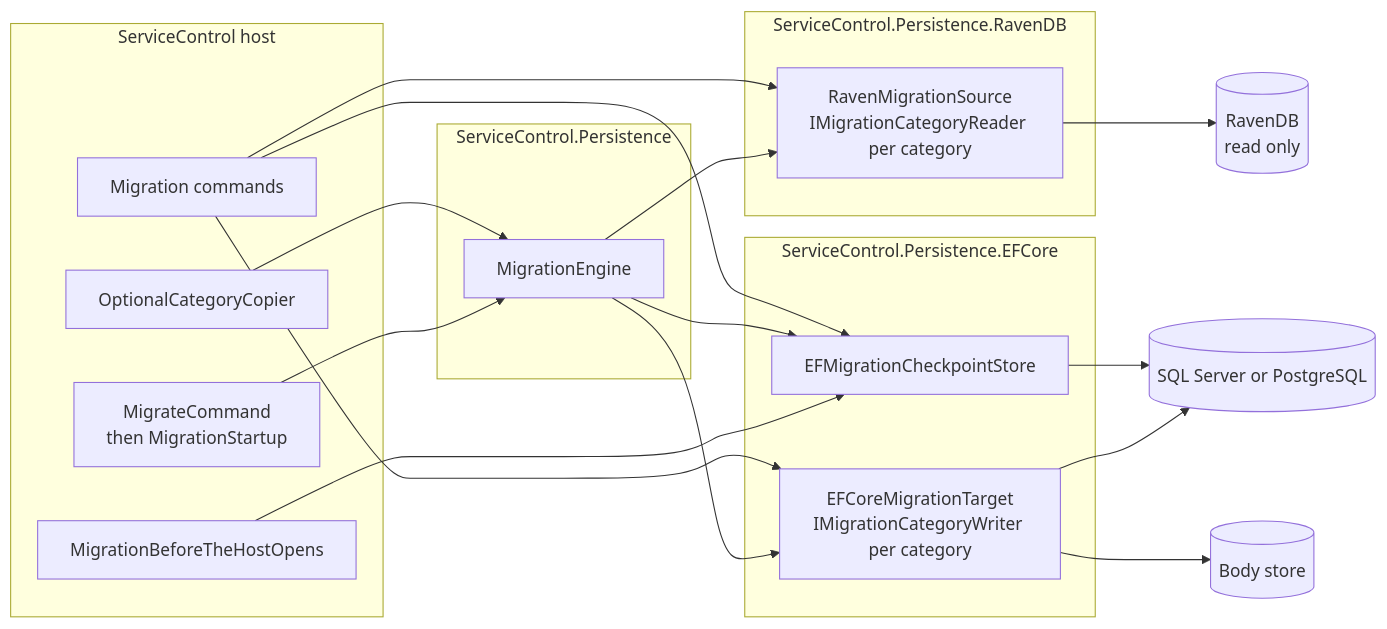
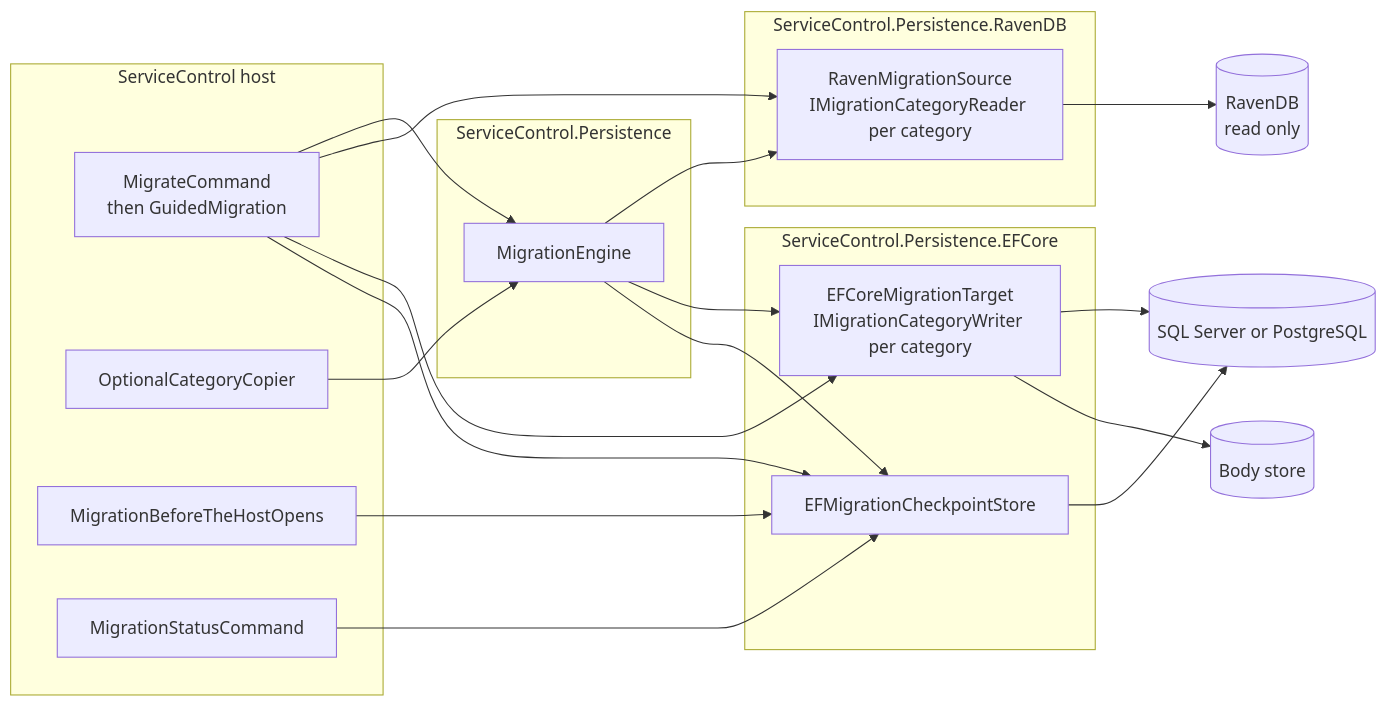
The first of 2 diagrams in docs/migration/ravendb-to-sql-migration-system-design.md (Particular/ServiceControl), drawn with Mermaid before and after one commit. The commit also changed other lines of this file and 148 other files, not shown here.

Commit message:
Guided --start-data-migration command

````diff
--- a/docs/migration/ravendb-to-sql-migration-system-design.md
+++ b/docs/migration/ravendb-to-sql-migration-system-design.md
@@ -13,32 +13,33 @@
 ```mermaid
 flowchart LR
     subgraph host["ServiceControl host"]
-        req["MigrateCommand<br/>then MigrationStartup"]
+        req["MigrateCommand<br/>then GuidedMigration"]
         opt["OptionalCategoryCopier"]
         guard["MigrationBeforeTheHostOpens"]
-        cmd["Migration commands"]
+        cmd["MigrationStatusCommand"]
     end
     subgraph neutral["ServiceControl.Persistence"]
         eng["MigrationEngine"]
     end
     subgraph raven["ServiceControl.Persistence.RavenDB"]
         src["RavenMigrationSource<br/>IMigrationCategoryReader per category"]
     end
     subgraph ef["ServiceControl.Persistence.EFCore"]
         tgt["EFCoreMigrationTarget<br/>IMigrationCategoryWriter per category"]
         cp["EFMigrationCheckpointStore"]
     end
     req --> eng
     opt --> eng
     guard --> cp
     eng --> src
     eng --> tgt
     eng --> cp
+    req --> src
+    req --> tgt
+    req --> cp
     cmd --> cp
-    cmd --> src
-    cmd --> tgt
     src --> rdb[("RavenDB<br/>read only")]
     tgt --> sql[("SQL Server or PostgreSQL")]
     cp --> sql
     tgt --> bod[("Body store")]
 ```
````
